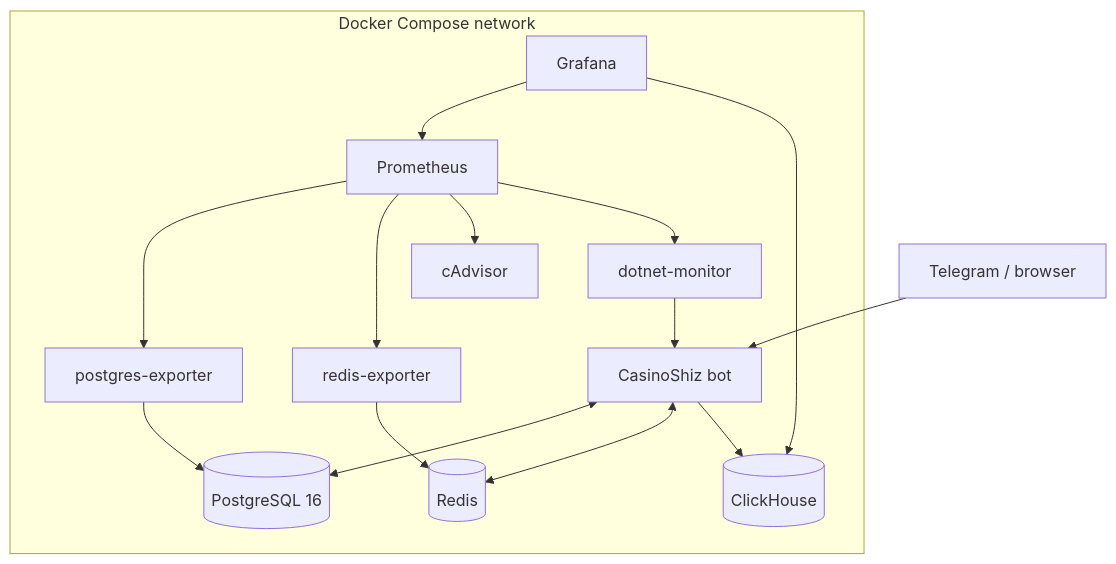
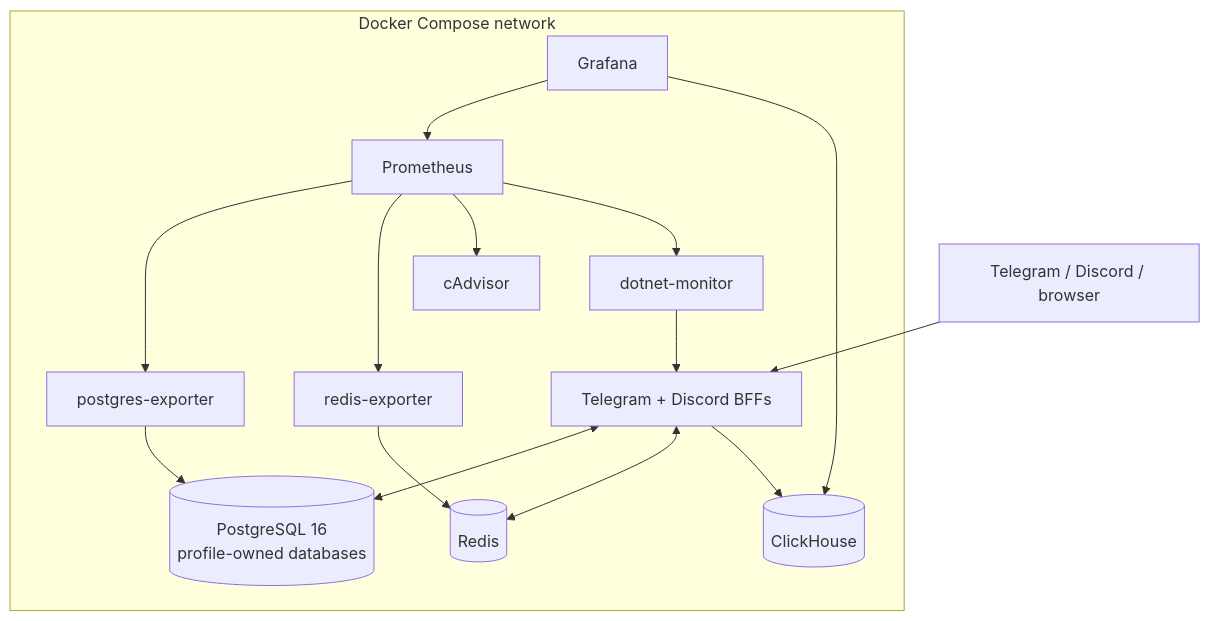
Before and after one commit to cpp20120/GameShiz: diagram 27 of 30 in docs/arch.md, drawn with Mermaid. The commit also changed other lines of this file and 182 other files, not shown here.

````diff
--- a/docs/arch.md
+++ b/docs/arch.md
@@ -1023,32 +1203,32 @@
 ```mermaid
 flowchart TB
-    internet["Telegram / browser"]
+    internet["Telegram / Discord / browser"]
 
     subgraph compose["Docker Compose network"]
-        bot["CasinoShiz bot"]
-        postgres[("PostgreSQL 16")]
+        bot["Telegram + Discord BFFs"]
+        postgres[("PostgreSQL 16<br/>profile-owned databases")]
         redis[("Redis")]
         clickhouse[("ClickHouse")]
         prometheus["Prometheus"]
         grafana["Grafana"]
         pgexporter["postgres-exporter"]
         redisexporter["redis-exporter"]
         cadvisor["cAdvisor"]
         monitor["dotnet-monitor"]
     end
 
     internet --> bot
     bot <--> postgres
     bot <--> redis
     bot --> clickhouse
 
     pgexporter --> postgres
     redisexporter --> redis
     monitor --> bot
     prometheus --> pgexporter
     prometheus --> redisexporter
     prometheus --> cadvisor
     prometheus --> monitor
     grafana --> prometheus
     grafana --> clickhouse
 ```
````
